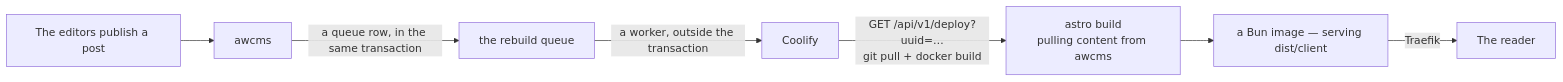
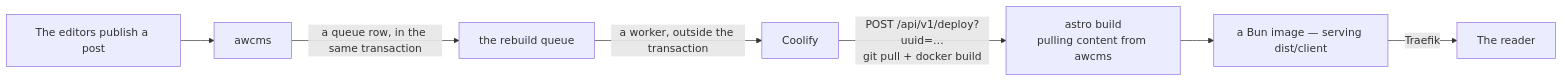
One commit to ahliweb/awcms-astro changed the diagram in docs/deploy-coolify.md. Above: the diagram before and after it, drawn with Mermaid. The commit also changed other lines of this file and 3 other files, not shown here.

First line of the commit message:
fix(rebuild): trigger the Coolify deploy with POST

````diff
--- a/docs/deploy-coolify.md
+++ b/docs/deploy-coolify.md
@@ -18,9 +18,9 @@
 ```mermaid
 flowchart LR
   Redaksi["The editors publish a post"] --> Awcms["awcms"]
   Awcms -->|"a queue row, in the same transaction"| Antrean["the rebuild queue"]
   Antrean -->|"a worker, outside the transaction"| Coolify["Coolify"]
-  Coolify -->|"GET /api/v1/deploy?uuid=…<br/>git pull + docker build"| Build["astro build<br/>pulling content from awcms"]
+  Coolify -->|"POST /api/v1/deploy?uuid=…<br/>git pull + docker build"| Build["astro build<br/>pulling content from awcms"]
   Build --> Image["a Bun image — serving dist/client"]
   Image -->|"Traefik"| Pembaca["The reader"]
 ```
````
